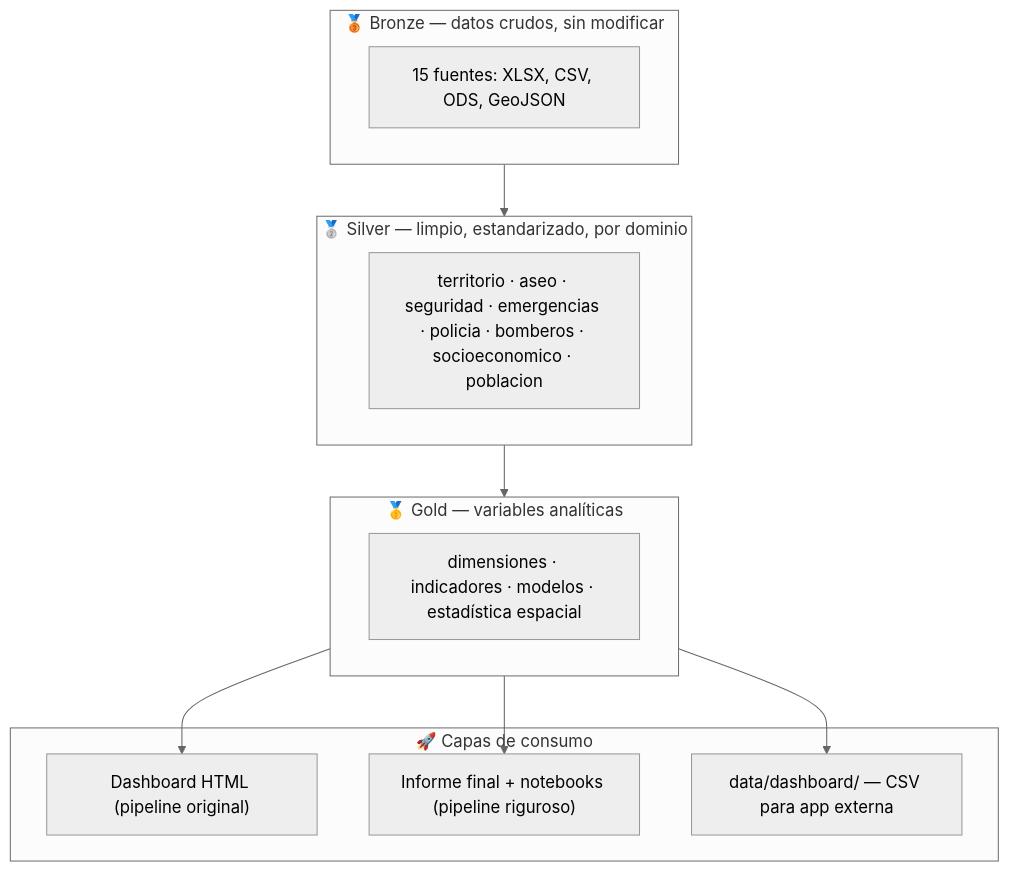
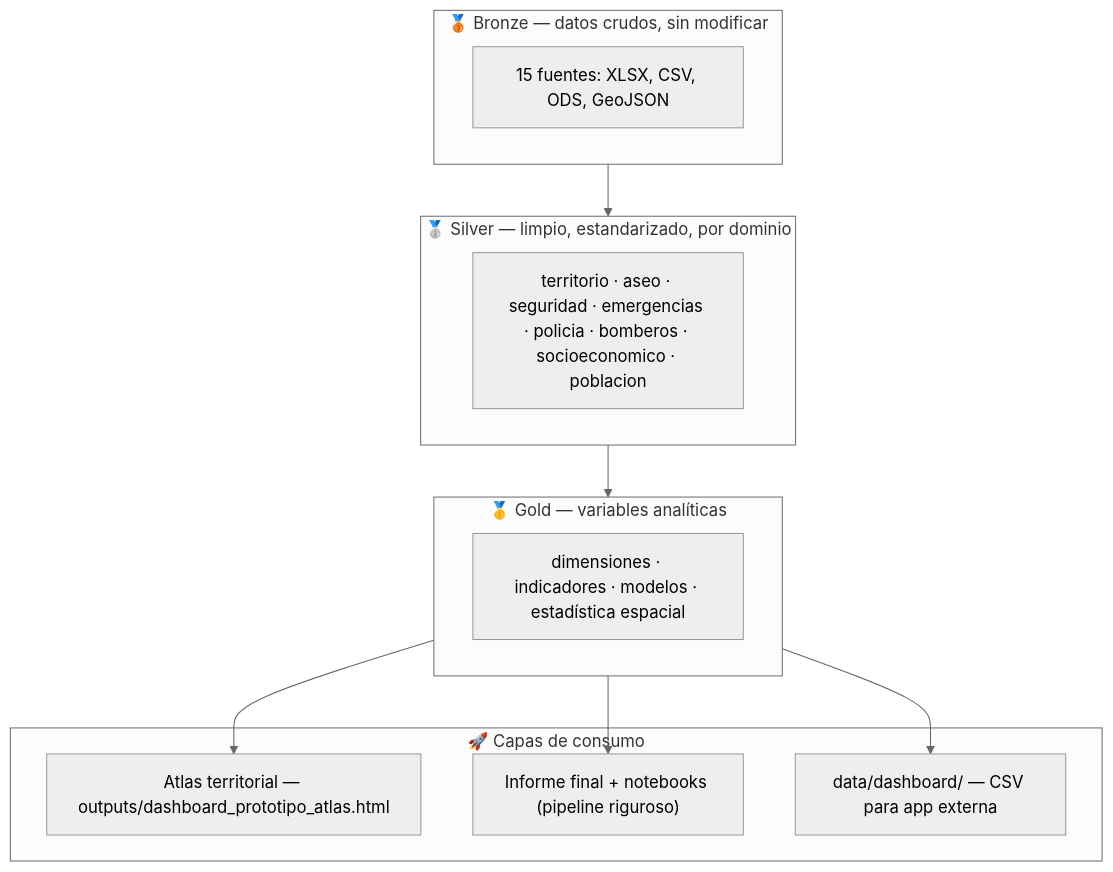
Before and after one commit to NacisCric-2908/DataJamBlackStar: the diagram in README.md, drawn with Mermaid (neutral theme). The commit also changed other lines of this file and 2 other files, not shown here.

Commit message:
dashboard mejorado y descripción corregida

````diff
--- a/README.md
+++ b/README.md
@@ -91,18 +91,18 @@
 ```mermaid
 flowchart TD
     subgraph Bronze ["🥉 Bronze — datos crudos, sin modificar"]
         B["15 fuentes: XLSX, CSV, ODS, GeoJSON"]
     end
     subgraph Silver ["🥈 Silver — limpio, estandarizado, por dominio"]
         S["territorio · aseo · seguridad · emergencias · policia · bomberos · socioeconomico · poblacion"]
     end
     subgraph Gold ["🥇 Gold — variables analíticas"]
         G["dimensiones · indicadores · modelos · estadística espacial"]
     end
     subgraph Consumo ["🚀 Capas de consumo"]
-        D1["Dashboard HTML (pipeline original)"]
+        D1["Atlas territorial — outputs/dashboard_prototipo_atlas.html"]
         D2["Informe final + notebooks (pipeline riguroso)"]
         D3["data/dashboard/ — CSV para app externa"]
     end
     Bronze --> Silver --> Gold --> D1 & D2 & D3
 ```
````
